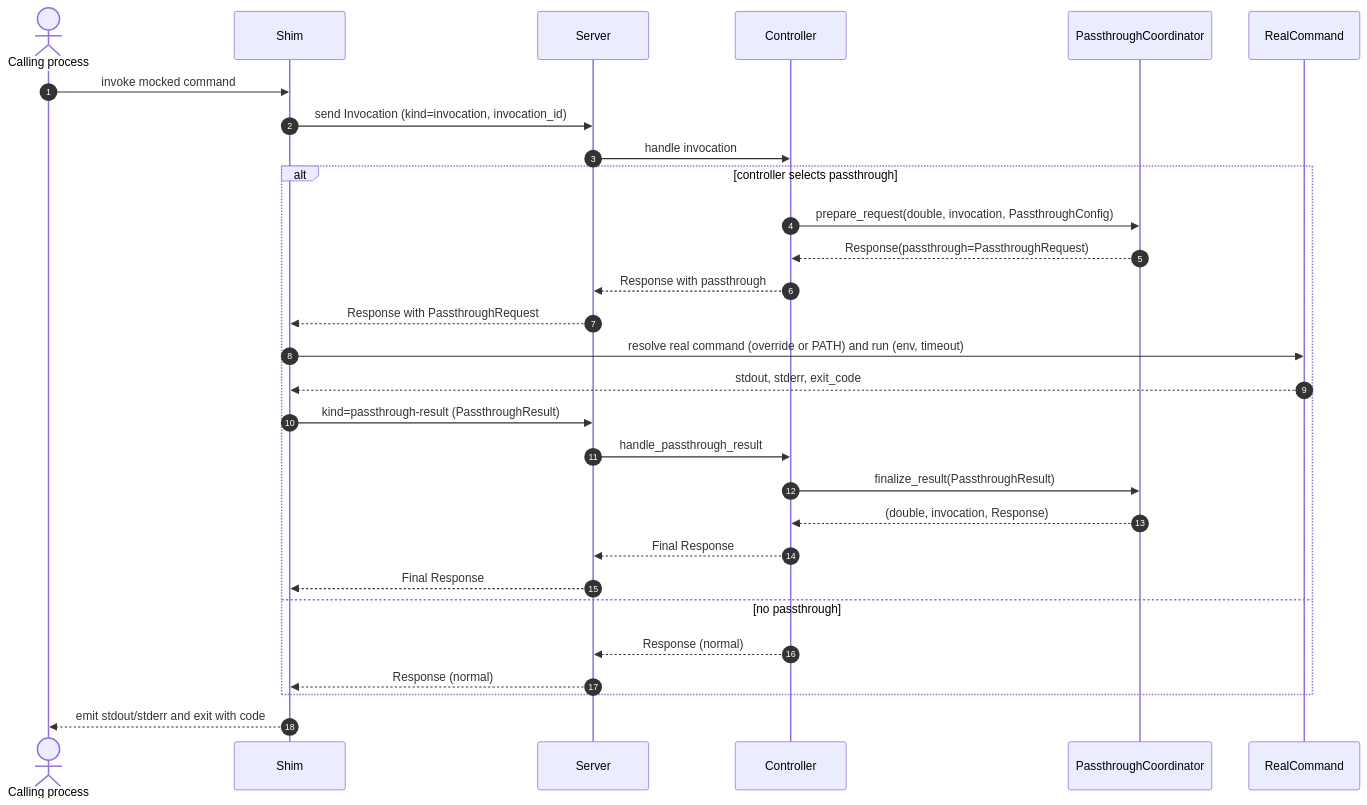
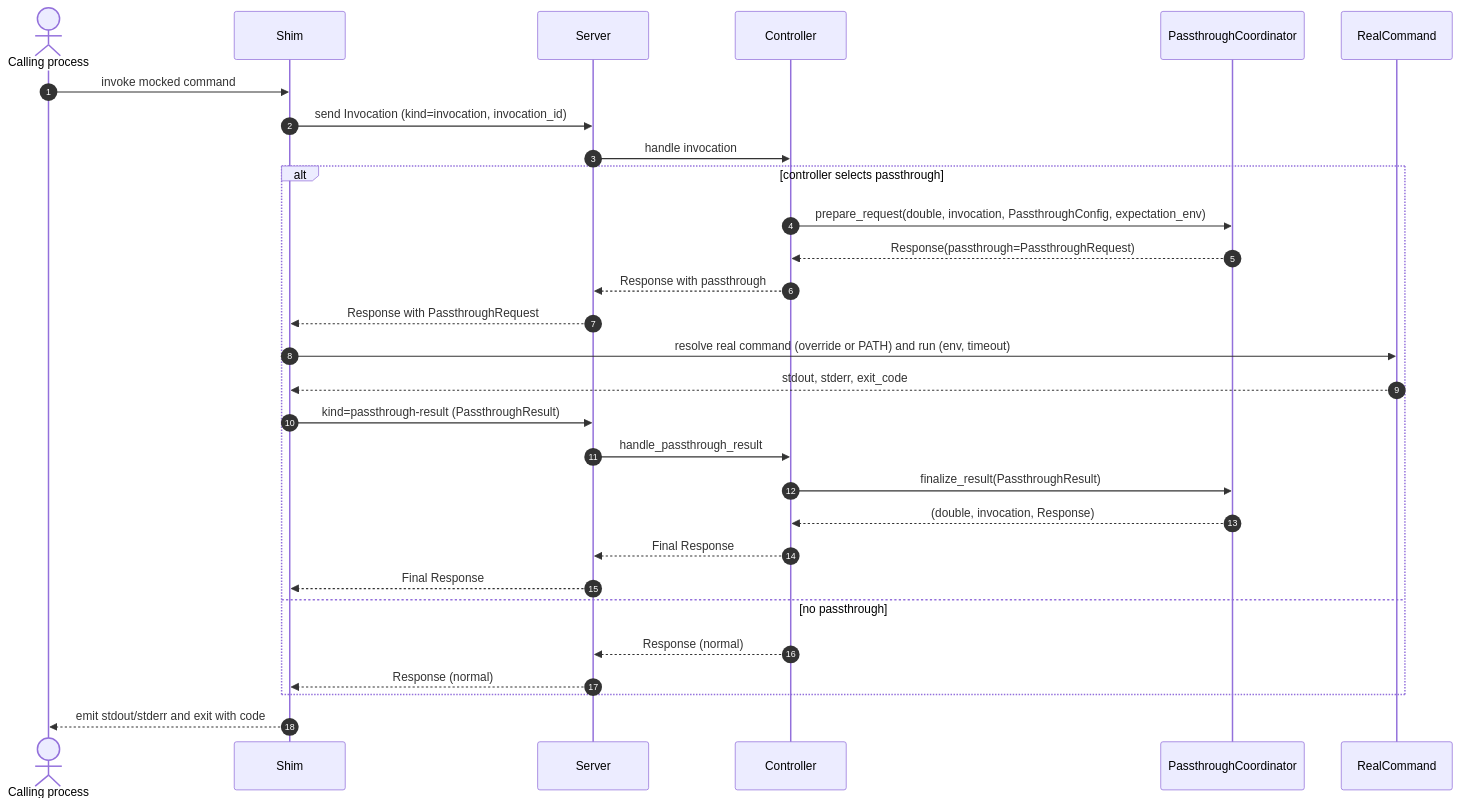
Before and after one commit to leynos/cmd-mox: diagram 15 of 31 in docs/python-native-command-mocking-design.md, drawn with Mermaid. The commit also changed other lines of this file and 9 other files, not shown here.

First line of the commit message:
Snapshot expectation env once per passthrough request (#368)

````diff
--- a/docs/python-native-command-mocking-design.md
+++ b/docs/python-native-command-mocking-design.md
@@ -1630,32 +1630,32 @@
 ```mermaid
 sequenceDiagram
   autonumber
   actor Caller as Calling process
   participant Shim
   participant Server
   participant Controller
   participant Passthrough as PassthroughCoordinator
   participant Runner as RealCommand
 
   Caller->>Shim: invoke mocked command
   Shim->>Server: send Invocation (kind=invocation, invocation_id)
   Server->>Controller: handle invocation
   alt controller selects passthrough
-    Controller->>Passthrough: prepare_request(double, invocation, PassthroughConfig)
+    Controller->>Passthrough: prepare_request(double, invocation, PassthroughConfig, expectation_env)
     Passthrough-->>Controller: Response(passthrough=PassthroughRequest)
     Controller-->>Server: Response with passthrough
     Server-->>Shim: Response with PassthroughRequest
     Shim->>Runner: resolve real command (override or PATH) and run (env, timeout)
     Runner-->>Shim: stdout, stderr, exit_code
     Shim->>Server: kind=passthrough-result (PassthroughResult)
     Server->>Controller: handle_passthrough_result
     Controller->>Passthrough: finalize_result(PassthroughResult)
     Passthrough-->>Controller: (double, invocation, Response)
     Controller-->>Server: Final Response
     Server-->>Shim: Final Response
   else no passthrough
     Controller-->>Server: Response (normal)
     Server-->>Shim: Response (normal)
   end
   Shim-->>Caller: emit stdout/stderr and exit with code
 ```
````
